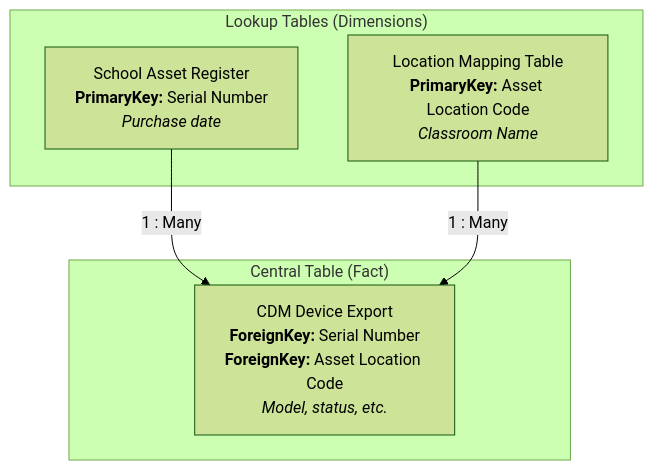
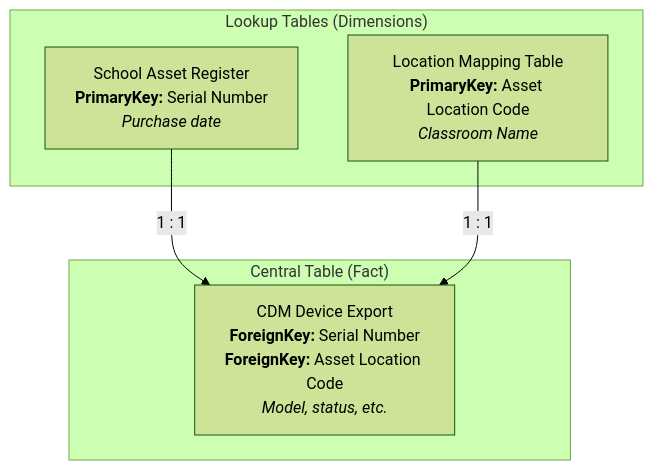
Before and after one commit to MattTibbels/portfolio: the first of 2 diagrams in _projects/power-pivot-fleet-tracker.md, drawn with Mermaid (forest theme). The commit also changed other lines of this file, not shown here.

```diff
--- a/_projects/power-pivot-fleet-tracker.md
+++ b/_projects/power-pivot-fleet-tracker.md
@@ -23,14 +23,14 @@
 ~~~mermaid
 flowchart TD
     subgraph Dimension_Tables["Lookup Tables (Dimensions)"]
         B[School Asset Register<br><b>PrimaryKey:</b> Serial Number<br><i>Purchase date</i>]
         C[Location Mapping Table<br><b>PrimaryKey:</b> Asset Location Code<br><i>Classroom Name</i>]
     end
 
     subgraph Fact_Table["Central Table (Fact)"]
         A[CDM Device Export<br><b>ForeignKey:</b> Serial Number<br><b>ForeignKey:</b> Asset Location Code<br><i>Model, status, etc.</i>]
     end
 
-    B -- "1 : Many" --> A
-    C -- "1 : Many" --> A
+    B -- "1 : 1" --> A
+    C -- "1 : 1" --> A
 ~~~
```
